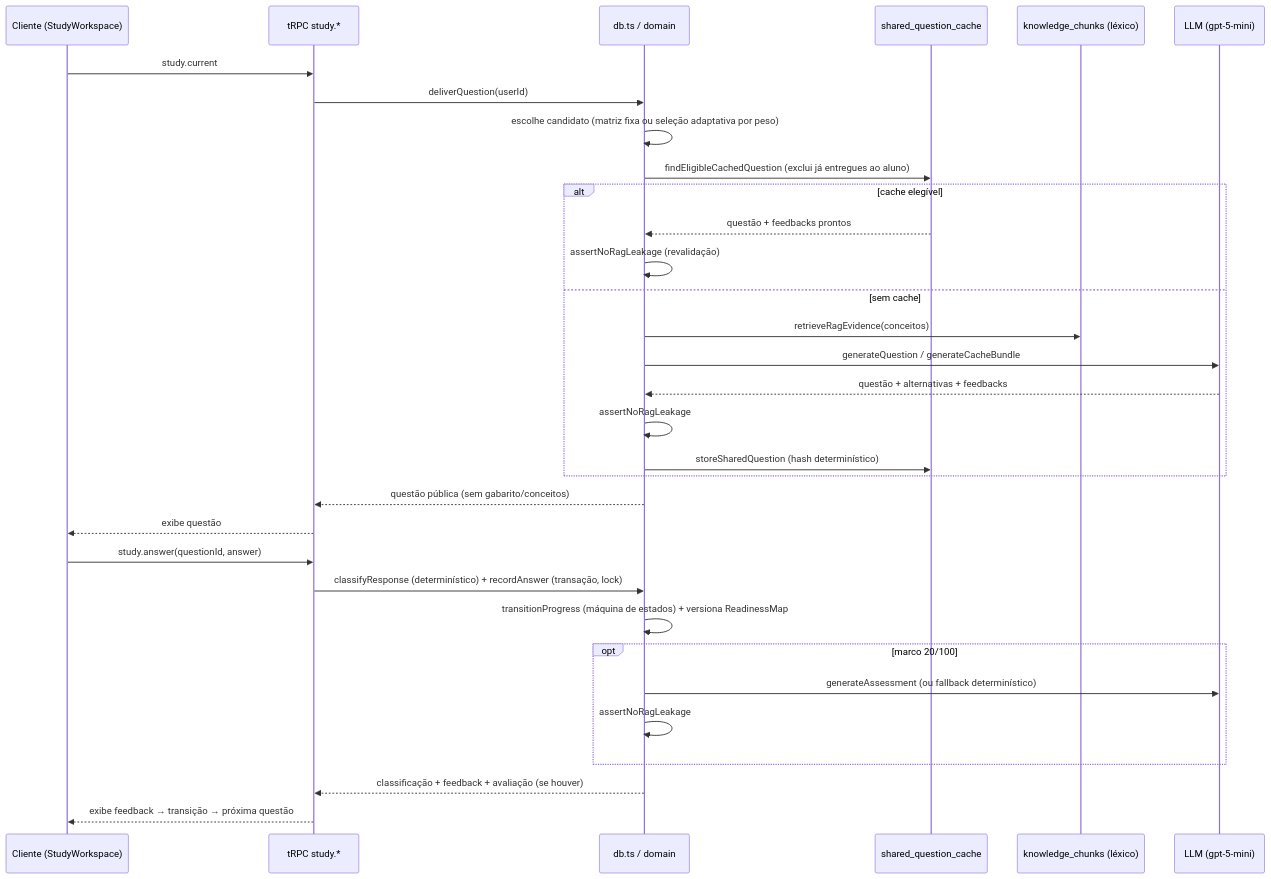
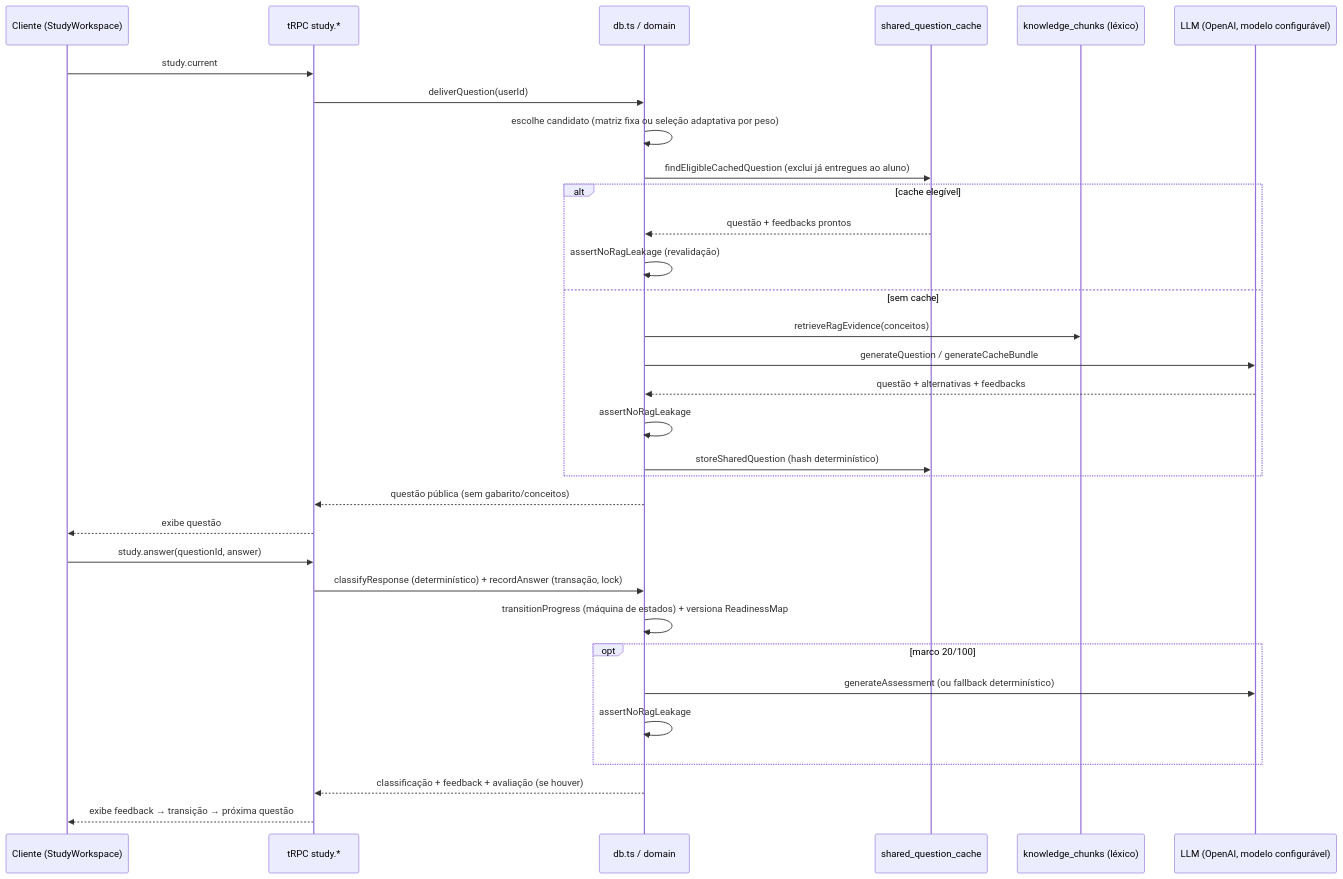
One commit to mcloh/ppa-tutor-adaptativo changed the second of 4 diagrams in docs/arquitetura.md. Above: the diagram before and after it, drawn with Mermaid. The commit also changed other lines of this file and 50 other files, not shown here.

````diff
--- a/docs/arquitetura.md
+++ b/docs/arquitetura.md
@@ -126,36 +116,36 @@
 ```mermaid
 sequenceDiagram
     participant C as Cliente (StudyWorkspace)
     participant R as tRPC study.*
     participant D as db.ts / domain
     participant Cache as shared_question_cache
     participant RAG as knowledge_chunks (léxico)
-    participant LLM as LLM (gpt-5-mini)
+    participant LLM as LLM (OpenAI, modelo configurável)
 
     C->>R: study.current
     R->>D: deliverQuestion(userId)
     D->>D: escolhe candidato (matriz fixa ou seleção adaptativa por peso)
     D->>Cache: findEligibleCachedQuestion (exclui já entregues ao aluno)
     alt cache elegível
         Cache-->>D: questão + feedbacks prontos
         D->>D: assertNoRagLeakage (revalidação)
     else sem cache
         D->>RAG: retrieveRagEvidence(conceitos)
         D->>LLM: generateQuestion / generateCacheBundle
         LLM-->>D: questão + alternativas + feedbacks
         D->>D: assertNoRagLeakage
         D->>Cache: storeSharedQuestion (hash determinístico)
     end
     D-->>R: questão pública (sem gabarito/conceitos)
     R-->>C: exibe questão
 
     C->>R: study.answer(questionId, answer)
     R->>D: classifyResponse (determinístico) + recordAnswer (transação, lock)
     D->>D: transitionProgress (máquina de estados) + versiona ReadinessMap
     opt marco 20/100
         D->>LLM: generateAssessment (ou fallback determinístico)
         D->>D: assertNoRagLeakage
     end
     D-->>R: classificação + feedback + avaliação (se houver)
     R-->>C: exibe feedback → transição → próxima questão
 ```
````
